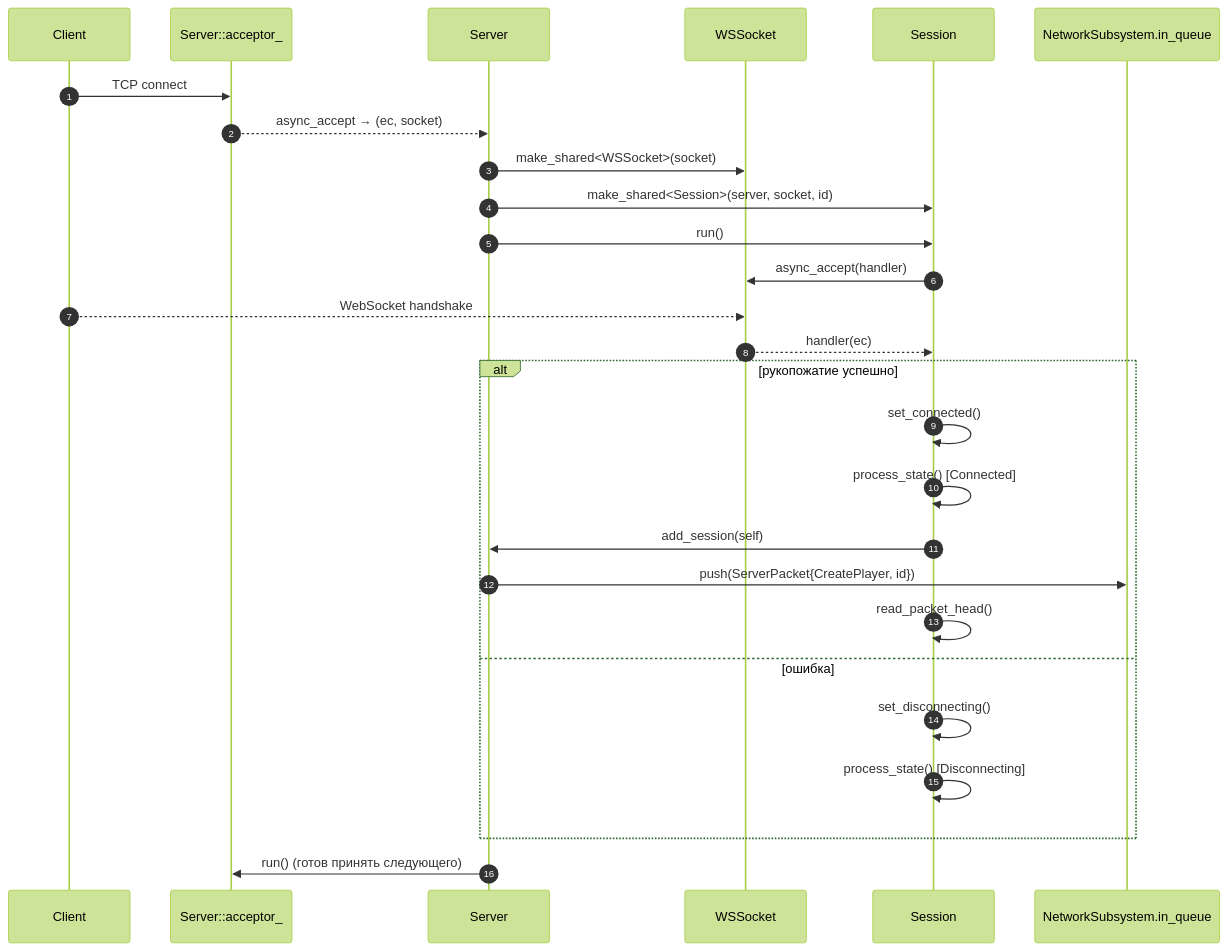
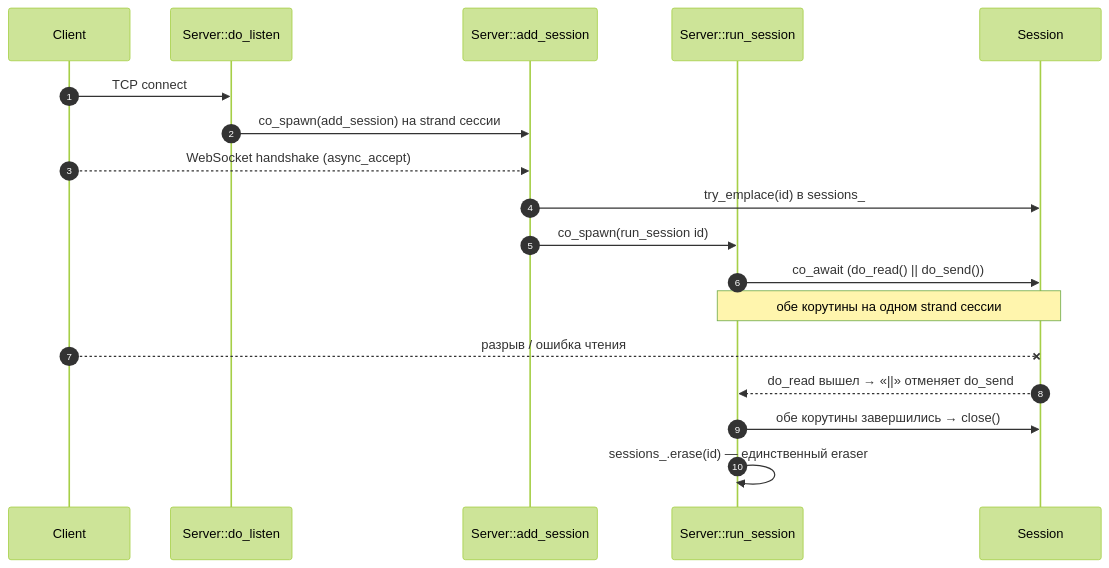
The second of 3 diagrams in server/docs/sequence-diagram.md (litcxx/Game), drawn with Mermaid (forest theme) before and after one commit. The commit also changed other lines of this file and 55 other files, not shown here.

First line of the commit message:
refactor(server): protobuf + coroutine net layer, World skeleton

````diff
--- a/server/docs/sequence-diagram.md
+++ b/server/docs/sequence-diagram.md
@@ -79,32 +48,22 @@
 ```mermaid
 sequenceDiagram
     autonumber
     participant Client
-    participant acc as Server::acceptor_
-    participant srv as Server
-    participant sock as WSSocket
+    participant lis as Server::do_listen
+    participant add as Server::add_session
+    participant sup as Server::run_session
     participant sess as Session
-    participant net as NetworkSubsystem.in_queue
 
-    Client->>acc: TCP connect
-    acc-->>srv: async_accept → (ec, socket)
-    srv->>sock: make_shared<WSSocket>(socket)
-    srv->>sess: make_shared<Session>(server, socket, id)
-    srv->>sess: run()
-    sess->>sock: async_accept(handler)
-    Client-->>sock: WebSocket handshake
-    sock-->>sess: handler(ec)
+    Client->>lis: TCP connect
+    lis->>add: co_spawn(add_session) на strand сессии
+    Client-->>add: WebSocket handshake (async_accept)
+    add->>sess: try_emplace(id) в sessions_
+    add->>sup: co_spawn(run_session id)
+    sup->>sess: co_await (do_read() || do_send())
+    Note over sup,sess: обе корутины на одном strand сессии
 
-    alt рукопожатие успешно
-        sess->>sess: set_connected()
-        sess->>sess: process_state() [Connected]
-        sess->>srv: add_session(self)
-        srv->>net: push(ServerPacket{CreatePlayer, id})
-        sess->>sess: read_packet_head()
-    else ошибка
-        sess->>sess: set_disconnecting()
-        sess->>sess: process_state() [Disconnecting]
-    end
-
-    srv->>acc: run() (готов принять следующего)
+    Client--x sess: разрыв / ошибка чтения
+    sess-->>sup: do_read вышел → «||» отменяет do_send
+    sup->>sess: обе корутины завершились → close()
+    sup->>sup: sessions_.erase(id) — единственный eraser
 ```
````
